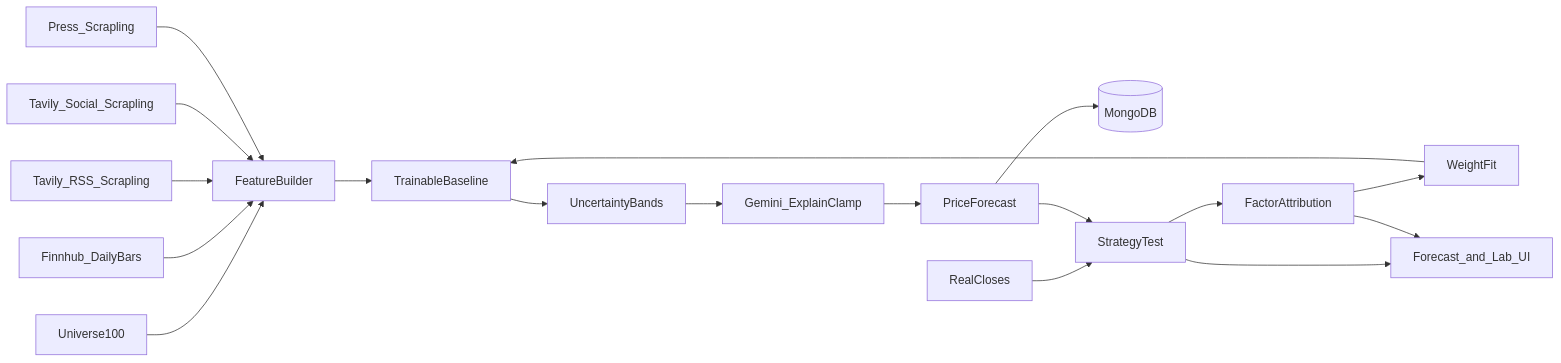
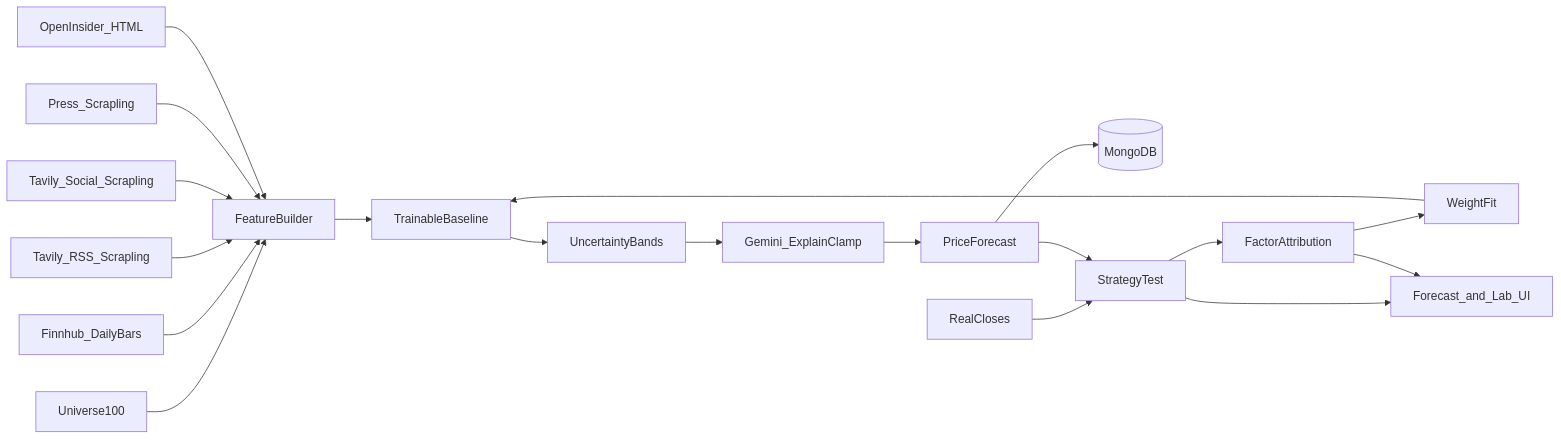
Before and after one commit to nitishberi/OpenStock: the diagram in docs/architecture.md, drawn with Mermaid. The commit also changed other lines of this file and 32 other files, not shown here.

First line of the commit message:
Add OpenInsider Form 4 insider prediction channel

````diff
--- a/docs/architecture.md
+++ b/docs/architecture.md
@@ -14,20 +14,21 @@
 ```mermaid
 flowchart LR
   Universe[Universe100] --> Features[FeatureBuilder]
   Finnhub[Finnhub_DailyBars] --> Features
   News[Tavily_RSS_Scrapling] --> Features
   Social[Tavily_Social_Scrapling] --> Features
   Press[Press_Scrapling] --> Features
+  OI[OpenInsider_HTML] --> Features
   Features --> Baseline[TrainableBaseline]
   Baseline --> Bands[UncertaintyBands]
   Bands --> Gemini[Gemini_ExplainClamp]
   Gemini --> Forecast[PriceForecast]
   Forecast --> Mongo[(MongoDB)]
   Actuals[RealCloses] --> Eval[StrategyTest]
   Forecast --> Eval
   Eval --> Attribution[FactorAttribution]
   Attribution --> Train[WeightFit]
   Train --> Baseline
   Eval --> UI[Forecast_and_Lab_UI]
   Attribution --> UI
 ```
````
